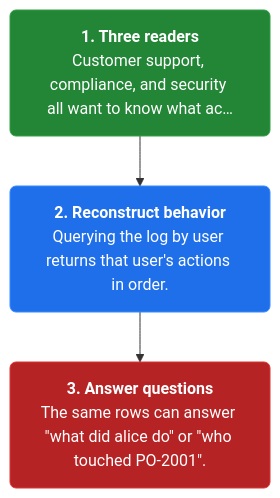
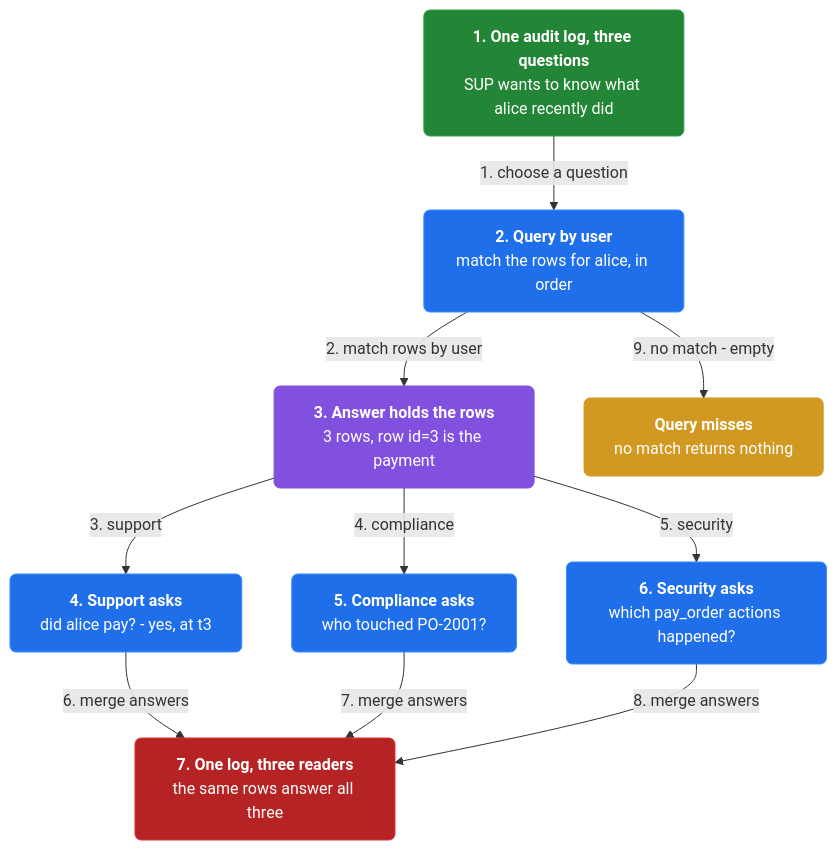
One commit to vinayakuber/microservices-io-study-guide changed the second of 3 diagrams in docs/ch32-audit-logging.md. Above: the diagram before and after it, drawn with Mermaid. The commit also changed other lines of this file and 46 other files, not shown here.

First line of the commit message:
Author rich branching flow diagrams for all 44 chapters

````diff
--- a/docs/ch32-audit-logging.md
+++ b/docs/ch32-audit-logging.md
@@ -51,11 +60,25 @@
 ```mermaid
 flowchart TD
-  classDef step fill:#1f6feb,color:#ffffff,stroke:#388bfd,stroke-width:1px,rx:6
+  classDef step fill:#1f6feb,color:#ffffff,stroke:#388bfd,rx:6
+  classDef core fill:#8250df,color:#ffffff,stroke:#8250df,rx:6
+  classDef warn fill:#d29922,color:#ffffff,stroke:#d29922,rx:6
   classDef start fill:#238636,color:#ffffff,stroke:#2ea043,rx:6
   classDef stop fill:#b62324,color:#ffffff,stroke:#da3633,rx:6
-  s1n0["<b>1. Three readers</b><br/>Customer support, compliance, and security all want to know what ac…"]:::start
-  s1n1["<b>2. Reconstruct behavior</b><br/>Querying the log by user returns that user's actions in order."]:::step
-  s1n2["<b>3. Answer questions</b><br/>The same rows can answer &quot;what did alice do&quot; or &quot;who touched PO-2001&quot;."]:::stop
-  s1n0 --> s1n1
-  s1n1 --> s1n2
+n0["<b>1. One audit log, three questions</b><br/>SUP wants to know what alice recently did"]:::start
+  n1["<b>2. Query by user</b><br/>match the rows for alice, in order"]:::step
+  n2["<b>3. Answer holds the rows</b><br/>3 rows, row id=3 is the payment"]:::core
+  n3["<b>4. Support asks</b><br/>did alice pay? - yes, at t3"]:::step
+  n4["<b>5. Compliance asks</b><br/>who touched PO-2001?"]:::step
+  n5["<b>6. Security asks</b><br/>which pay_order actions happened?"]:::step
+  n6["<b>7. One log, three readers</b><br/>the same rows answer all three"]:::stop
+  n7["<b>Query misses</b><br/>no match returns nothing"]:::warn
+  n0 -->|"1. choose a question"| n1
+  n1 -->|"2. match rows by user"| n2
+  n2 -->|"3. support"| n3
+  n2 -->|"4. compliance"| n4
+  n2 -->|"5. security"| n5
+  n3 -->|"6. merge answers"| n6
+  n4 -->|"7. merge answers"| n6
+  n5 -->|"8. merge answers"| n6
+  n1 -->|"9. no match - empty"| n7
 ```
````
